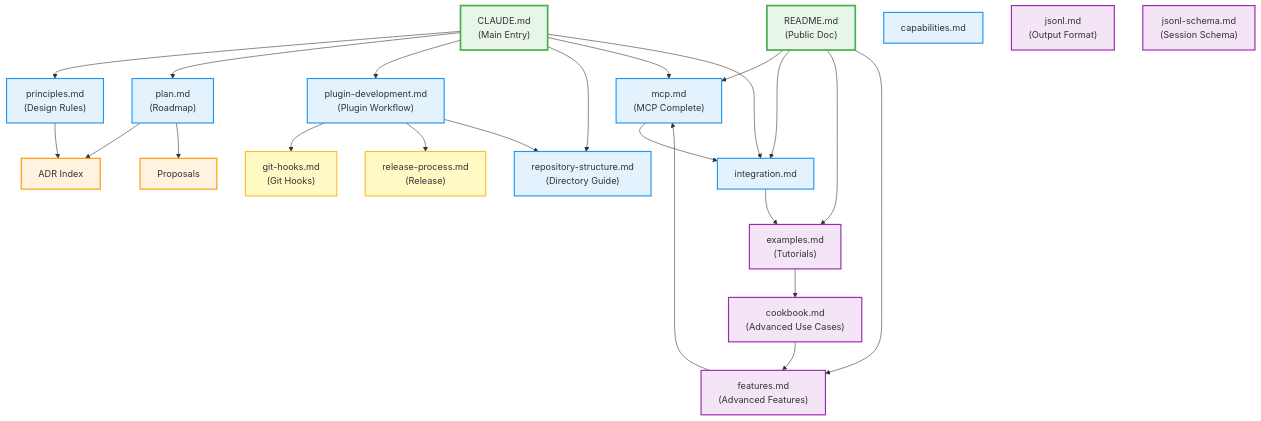
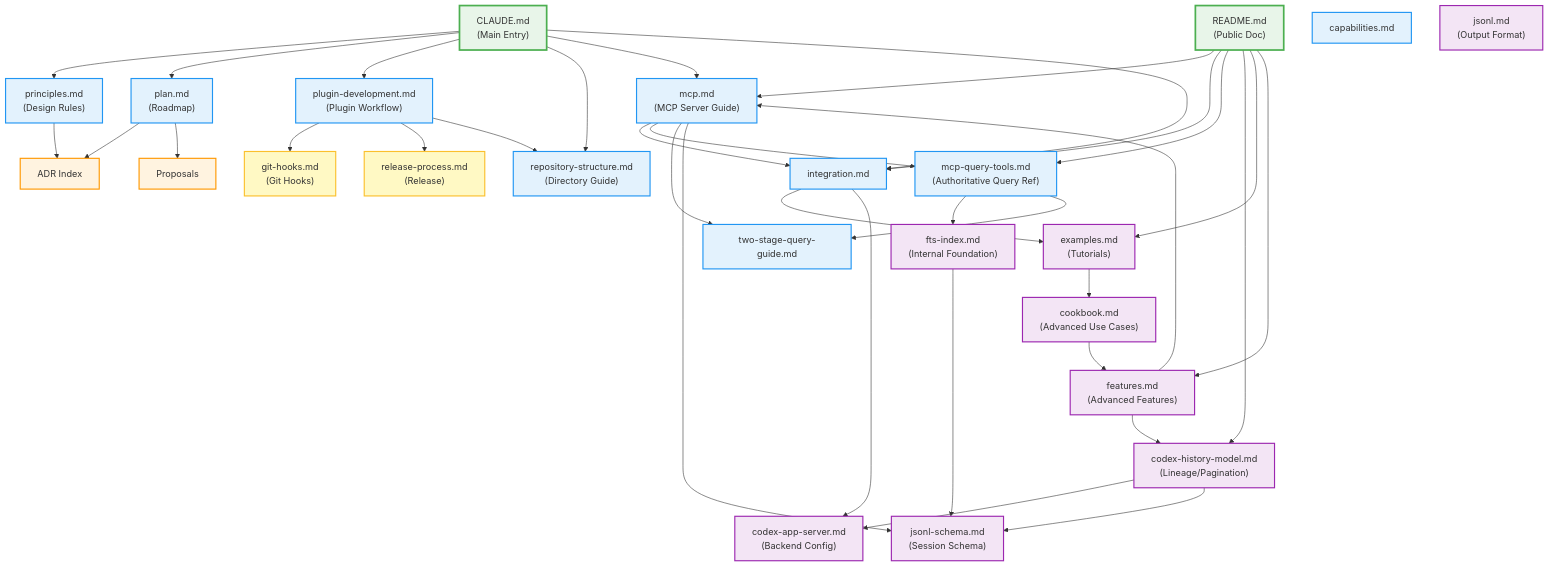
One commit to yaleh/meta-cc changed the diagram in docs/DOCUMENTATION_MAP.md. Above: the diagram before and after it, drawn with Mermaid. The commit also changed other lines of this file and 5 other files, not shown here.

```diff
--- a/docs/DOCUMENTATION_MAP.md
+++ b/docs/DOCUMENTATION_MAP.md
@@ -71,8 +111,15 @@
   docs_plugin_development_md["plugin-development.md<br/>(Plugin Workflow)"]:::guide
   docs_repository_structure_md["repository-structure.md<br/>(Directory Guide)"]:::guide
   docs_integration_guide_md["integration.md"]:::guide
-  docs_mcp_guide_md["mcp.md<br/>(MCP Complete)"]:::guide
+  docs_mcp_guide_md["mcp.md<br/>(MCP Server Guide)"]:::guide
+  docs_mcp_query_tools_md["mcp-query-tools.md<br/>(Authoritative Query Ref)"]:::guide
+  docs_two_stage_guide_md["two-stage-query-guide.md"]:::guide
   docs_capabilities_guide_md["capabilities.md"]:::guide
+
+  %% Codex + Provider References
+  docs_codex_appserver_md["codex-app-server.md<br/>(Backend Config)"]:::reference
+  docs_codex_history_md["codex-history-model.md<br/>(Lineage/Pagination)"]:::reference
+  docs_fts_index_md["fts-index.md<br/>(Internal Foundation)"]:::reference
 
   %% Maintenance Guides
   docs_git_hooks_md["git-hooks.md<br/>(Git Hooks)"]:::maintenance
@@ -99,6 +146,8 @@
 
   README_md --> docs_mcp_guide_md
   README_md --> docs_integration_guide_md
+  README_md --> docs_mcp_query_tools_md
+  README_md --> docs_codex_history_md
   README_md --> docs_examples_usage_md
   README_md --> docs_features_md
 
@@ -110,12 +159,22 @@
   docs_plugin_development_md --> docs_release_process_md
   docs_plugin_development_md --> docs_repository_structure_md
   docs_integration_guide_md --> docs_examples_usage_md
+  docs_integration_guide_md --> docs_codex_appserver_md
   docs_mcp_guide_md --> docs_integration_guide_md
+  docs_mcp_guide_md --> docs_mcp_query_tools_md
+  docs_mcp_guide_md --> docs_two_stage_guide_md
+  docs_mcp_guide_md --> docs_jsonl_schema_md
   docs_examples_usage_md --> docs_cookbook_md
 
   %% Dependencies - Reference
   docs_features_md --> docs_mcp_guide_md
+  docs_features_md --> docs_codex_history_md
   docs_cookbook_md --> docs_features_md
+  docs_mcp_query_tools_md --> docs_fts_index_md
+  docs_mcp_query_tools_md --> docs_two_stage_guide_md
+  docs_codex_history_md --> docs_codex_appserver_md
+  docs_codex_history_md --> docs_jsonl_schema_md
+  docs_fts_index_md --> docs_jsonl_schema_md
 
   %% Styles
   classDef entry fill:#e8f5e9,stroke:#4caf50,stroke-width:3px
```
